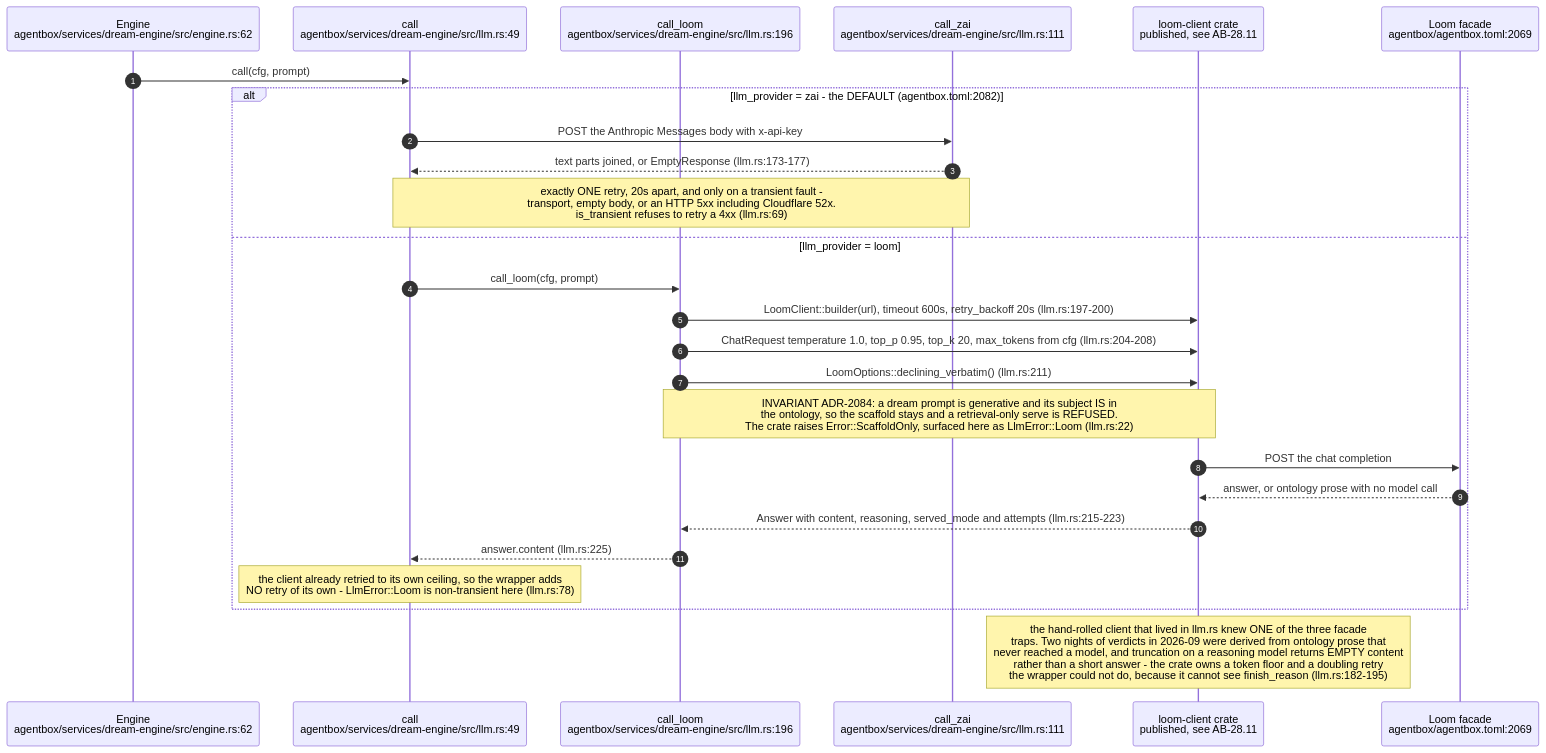
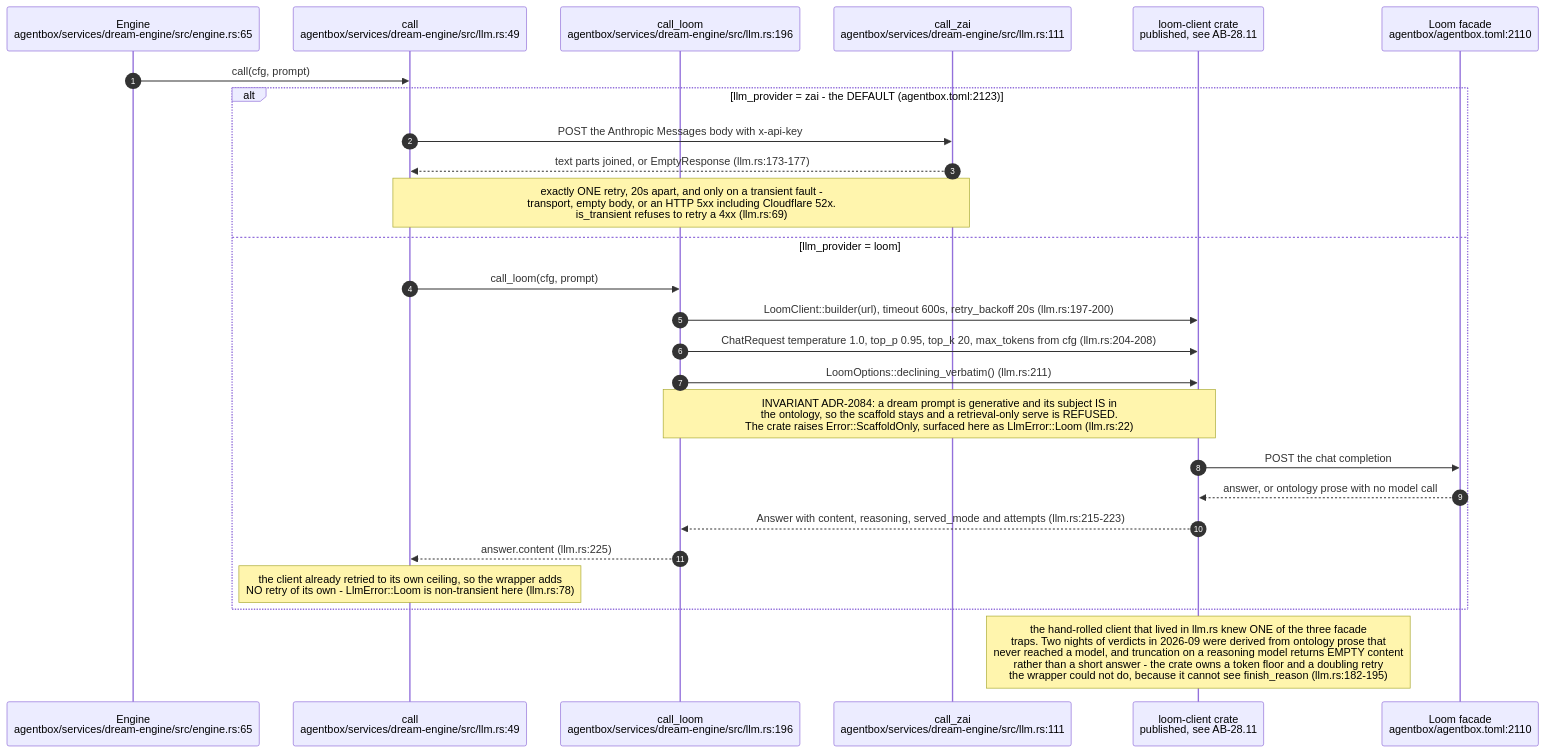
Before and after one commit to DreamLab-AI/VisionFlow: diagram 15 of 18 in docs/diagrams/agentbox/23-dream-engine.md, drawn with Mermaid. The commit also changed other lines of this file and 94 other files, not shown here.

First line of the commit message:
docs(diagrams): re-verify 130 topics against 2 October HEADs

````diff
--- a/docs/diagrams/agentbox/23-dream-engine.md
+++ b/docs/diagrams/agentbox/23-dream-engine.md
@@ -770,29 +787,29 @@
 ```mermaid
 sequenceDiagram
     autonumber
-    participant ENG as Engine<br/>agentbox/services/dream-engine/src/engine.rs:62
+    participant ENG as Engine<br/>agentbox/services/dream-engine/src/engine.rs:65
     participant CALL as call<br/>agentbox/services/dream-engine/src/llm.rs:49
     participant LOOM as call_loom<br/>agentbox/services/dream-engine/src/llm.rs:196
     participant ZAI as call_zai<br/>agentbox/services/dream-engine/src/llm.rs:111
     participant CRATE as loom-client crate<br/>published, see AB-28.11
-    participant F as Loom facade<br/>agentbox/agentbox.toml:2069
+    participant F as Loom facade<br/>agentbox/agentbox.toml:2110
 
     ENG->>CALL: call(cfg, prompt)
-    alt llm_provider = zai - the DEFAULT (agentbox.toml:2082)
+    alt llm_provider = zai - the DEFAULT (agentbox.toml:2123)
         CALL->>ZAI: POST the Anthropic Messages body with x-api-key
         ZAI-->>CALL: text parts joined, or EmptyResponse (llm.rs:173-177)
         Note over CALL,ZAI: exactly ONE retry, 20s apart, and only on a transient fault -<br/>transport, empty body, or an HTTP 5xx including Cloudflare 52x.<br/>is_transient refuses to retry a 4xx (llm.rs:69)
     else llm_provider = loom
         CALL->>LOOM: call_loom(cfg, prompt)
         LOOM->>CRATE: LoomClient::builder(url), timeout 600s, retry_backoff 20s (llm.rs:197-200)
         LOOM->>CRATE: ChatRequest temperature 1.0, top_p 0.95, top_k 20, max_tokens from cfg (llm.rs:204-208)
         LOOM->>CRATE: LoomOptions::declining_verbatim() (llm.rs:211)
         Note over LOOM,CRATE: INVARIANT ADR-2084: a dream prompt is generative and its subject IS in<br/>the ontology, so the scaffold stays and a retrieval-only serve is REFUSED.<br/>The crate raises Error::ScaffoldOnly, surfaced here as LlmError::Loom (llm.rs:22)
         CRATE->>F: POST the chat completion
         F-->>CRATE: answer, or ontology prose with no model call
         CRATE-->>LOOM: Answer with content, reasoning, served_mode and attempts (llm.rs:215-223)
         LOOM-->>CALL: answer.content (llm.rs:225)
         Note over CALL: the client already retried to its own ceiling, so the wrapper adds<br/>NO retry of its own - LlmError::Loom is non-transient here (llm.rs:78)
     end
     Note over CRATE: the hand-rolled client that lived in llm.rs knew ONE of the three facade<br/>traps. Two nights of verdicts in 2026-09 were derived from ontology prose that<br/>never reached a model, and truncation on a reasoning model returns EMPTY content<br/>rather than a short answer - the crate owns a token floor and a doubling retry<br/>the wrapper could not do, because it cannot see finish_reason (llm.rs:182-195)
 ```
````
